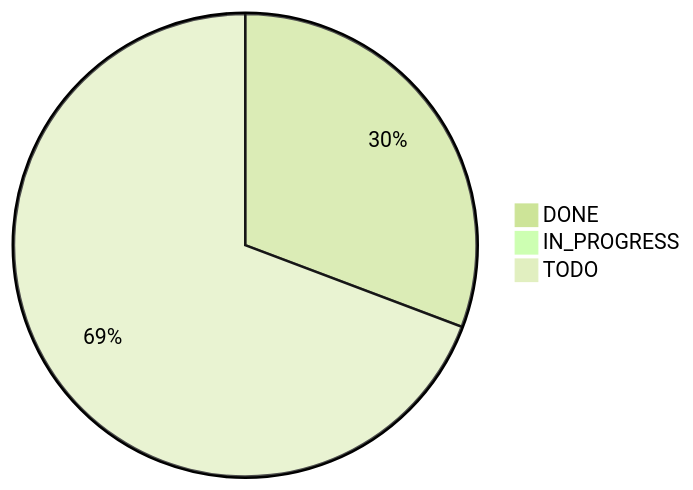
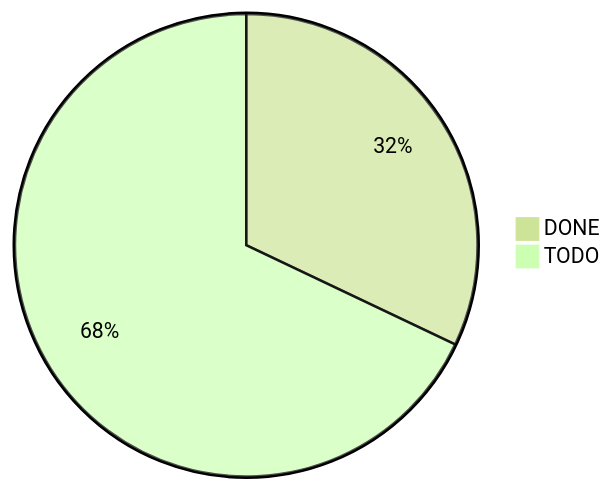
One commit to marleeeeeey/cpp_notes changed diagram 11 of 11 in PROGRESS.md. Above: the diagram before and after it, drawn with Mermaid (forest theme). The commit also changed other lines of this file and 20 other files, not shown here.

````diff
--- a/PROGRESS.md
+++ b/PROGRESS.md
@@ -93,6 +93,5 @@
 ```mermaid
 pie
-  "DONE" : 63
-  "IN_PROGRESS" : 2
+  "DONE" : 67
   "TODO" : 142
 ```
````
